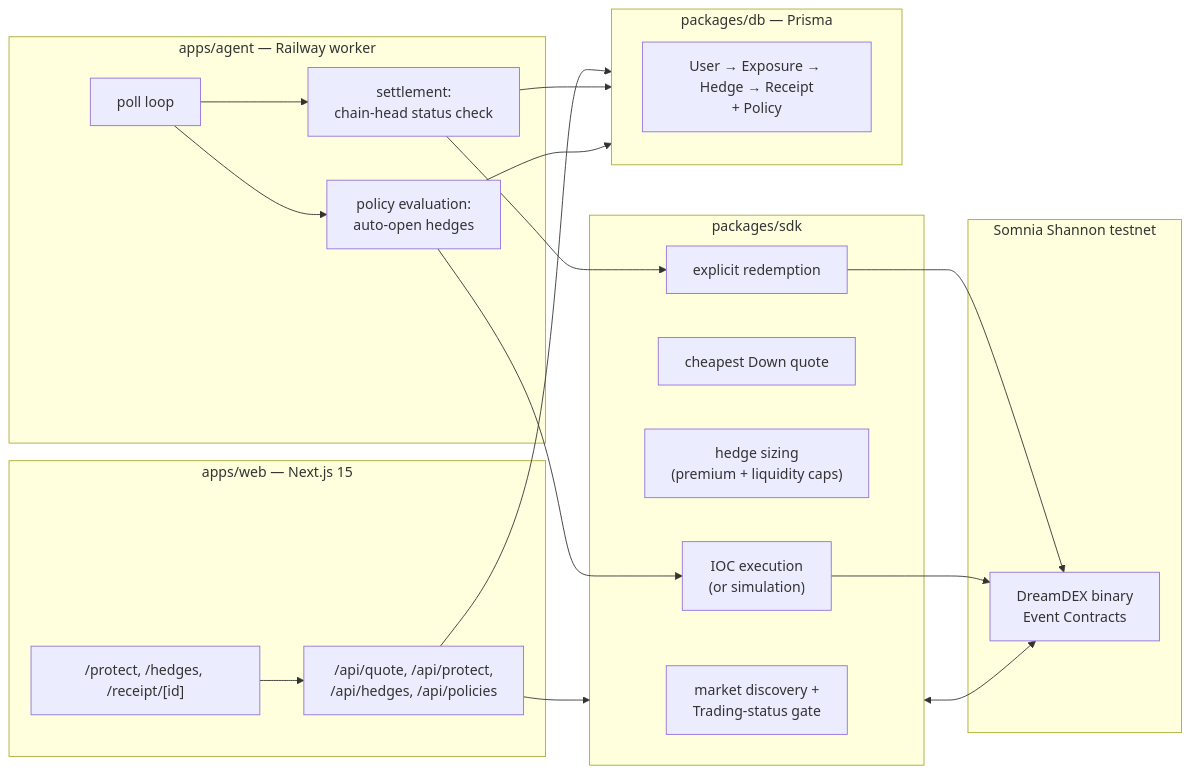
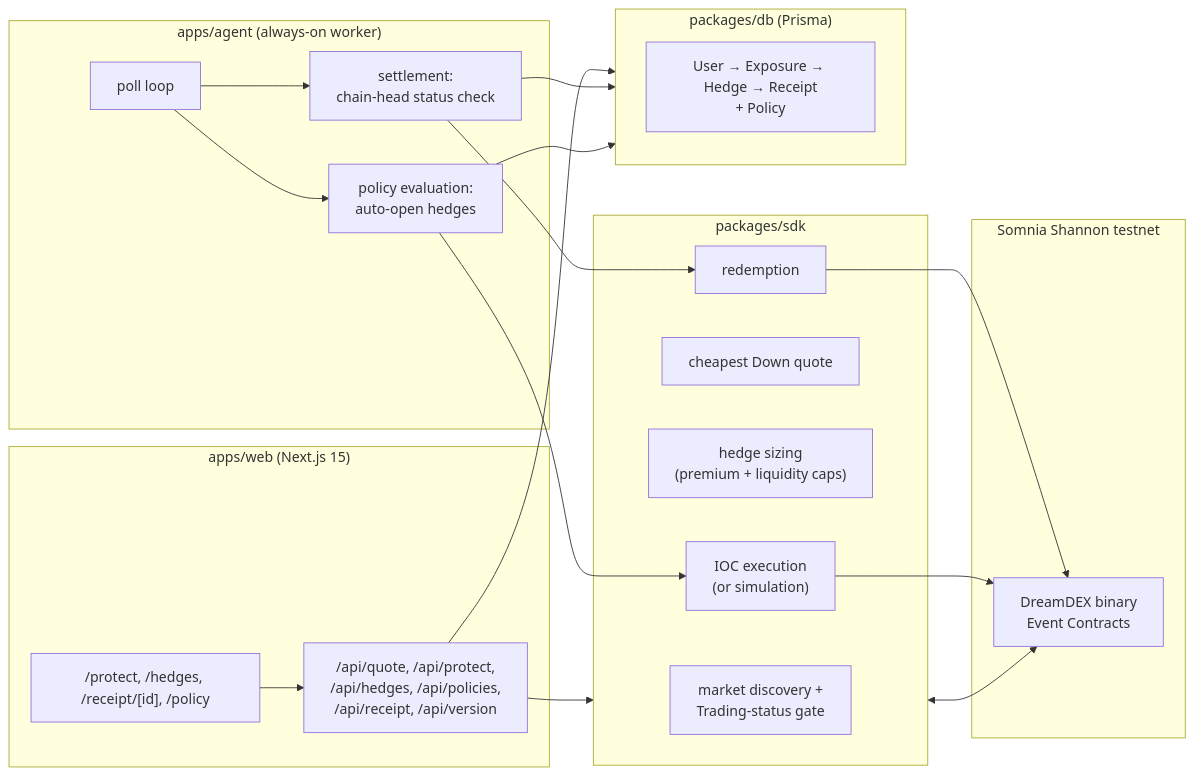
The diagram in README.md (levithefirst/Watchman), drawn with Mermaid before and after one commit. The commit also changed other lines of this file, not shown here.

````diff
--- a/README.md
+++ b/README.md
@@ -31,37 +90,37 @@
 ```mermaid
 flowchart LR
-    subgraph web["apps/web — Next.js 15"]
-        UI["/protect, /hedges, /receipt/[id]"]
-        API["/api/quote, /api/protect,\n/api/hedges, /api/policies"]
+    subgraph web["apps/web (Next.js 15)"]
+        UI["/protect, /hedges, /receipt/[id], /policy"]
+        API["/api/quote, /api/protect,\n/api/hedges, /api/policies,\n/api/receipt, /api/version"]
     end
 
     subgraph sdk["packages/sdk"]
         Discover["market discovery +\nTrading-status gate"]
         Quote["cheapest Down quote"]
         Size["hedge sizing\n(premium + liquidity caps)"]
         Exec["IOC execution\n(or simulation)"]
-        Redeem["explicit redemption"]
+        Redeem["redemption"]
     end
 
-    subgraph db["packages/db — Prisma"]
+    subgraph db["packages/db (Prisma)"]
         Schema["User → Exposure → Hedge → Receipt\n+ Policy"]
     end
 
-    subgraph agent["apps/agent — Railway worker"]
+    subgraph agent["apps/agent (always-on worker)"]
         Loop["poll loop"]
         Settle["settlement:\nchain-head status check"]
         Policies["policy evaluation:\nauto-open hedges"]
     end
 
     subgraph chain["Somnia Shannon testnet"]
         DreamDEX["DreamDEX binary\nEvent Contracts"]
     end
 
     UI --> API --> sdk
     sdk <--> DreamDEX
     API --> db
     Loop --> Settle --> db
     Loop --> Policies --> db
     Settle --> Redeem --> DreamDEX
     Policies --> Exec --> DreamDEX
 ```
````
